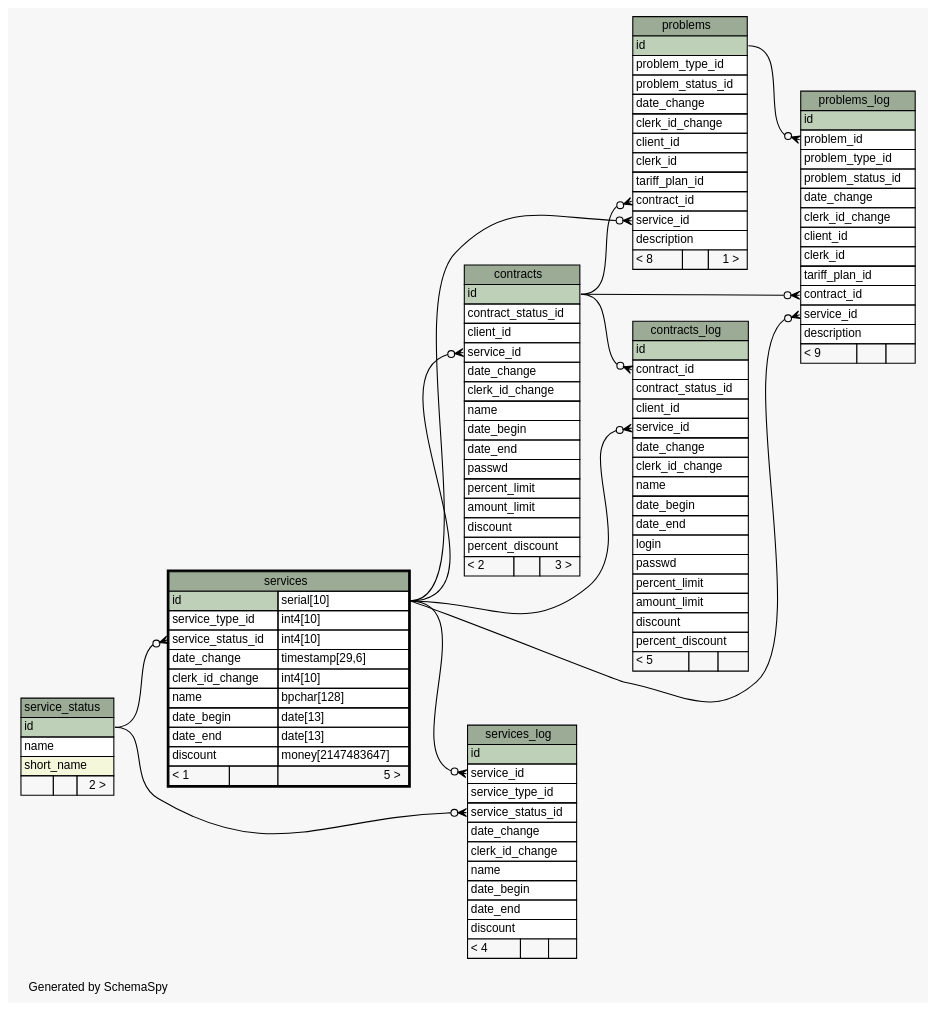
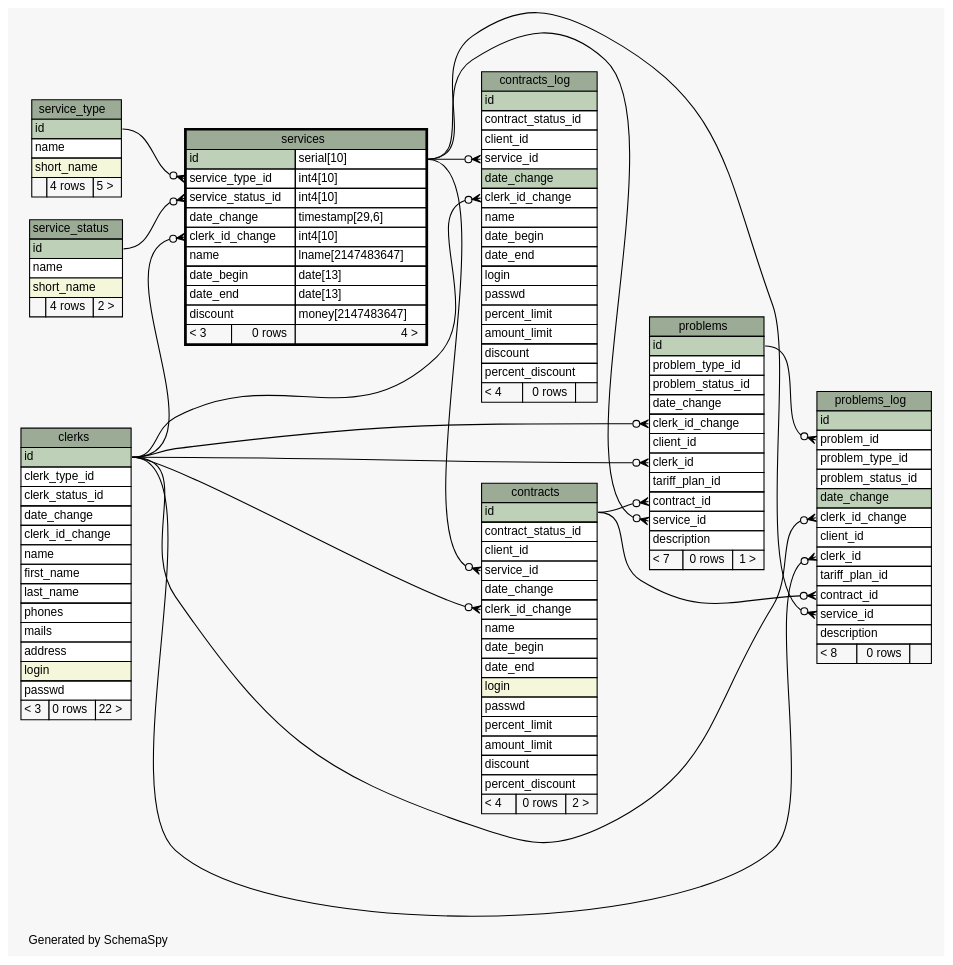
The diagram in db_schema/diagrams/services.1degree.dot (okharch/avox), drawn with Graphviz before and after one commit. The commit also changed 391 other files, not shown here.

```diff
--- a/db_schema/diagrams/services.1degree.dot
+++ b/db_schema/diagrams/services.1degree.dot
@@ -19,17 +19,44 @@
   edge [
     arrowsize="0.8"
   ];
+  "contracts":"clerk_id_change":w -> "clerks":"id":e [arrowhead=none dir=back arrowtail=crowodot];
   "contracts":"service_id":w -> "services":"id.type":e [arrowhead=none dir=back arrowtail=crowodot];
-  "contracts_log":"contract_id":w -> "contracts":"id":e [arrowhead=none dir=back arrowtail=crowodot];
+  "contracts_log":"clerk_id_change":w -> "clerks":"id":e [arrowhead=none dir=back arrowtail=crowodot];
   "contracts_log":"service_id":w -> "services":"id.type":e [arrowhead=none dir=back arrowtail=crowodot];
+  "problems":"clerk_id":w -> "clerks":"id":e [arrowhead=none dir=back arrowtail=crowodot];
+  "problems":"clerk_id_change":w -> "clerks":"id":e [arrowhead=none dir=back arrowtail=crowodot];
   "problems":"contract_id":w -> "contracts":"id":e [arrowhead=none dir=back arrowtail=crowodot];
   "problems":"service_id":w -> "services":"id.type":e [arrowhead=none dir=back arrowtail=crowodot];
+  "problems_log":"clerk_id":w -> "clerks":"id":e [arrowhead=none dir=back arrowtail=crowodot];
+  "problems_log":"clerk_id_change":w -> "clerks":"id":e [arrowhead=none dir=back arrowtail=crowodot];
   "problems_log":"contract_id":w -> "contracts":"id":e [arrowhead=none dir=back arrowtail=crowodot];
   "problems_log":"problem_id":w -> "problems":"id":e [arrowhead=none dir=back arrowtail=crowodot];
   "problems_log":"service_id":w -> "services":"id.type":e [arrowhead=none dir=back arrowtail=crowodot];
+  "services":"clerk_id_change":w -> "clerks":"id":e [arrowhead=none dir=back arrowtail=crowodot];
   "services":"service_status_id":w -> "service_status":"id":e [arrowhead=none dir=back arrowtail=crowodot];
-  "services_log":"service_id":w -> "services":"id.type":e [arrowhead=none dir=back arrowtail=crowodot];
-  "services_log":"service_status_id":w -> "service_status":"id":e [arrowhead=none dir=back arrowtail=crowodot];
+  "services":"service_type_id":w -> "service_type":"id":e [arrowhead=none dir=back arrowtail=crowodot];
+  "clerks" [
+    label=<
+    <TABLE BORDER="0" CELLBORDER="1" CELLSPACING="0" BGCOLOR="#ffffff">
+      <TR><TD COLSPAN="3" BGCOLOR="#9bab96" ALIGN="CENTER">clerks</TD></TR>
+      <TR><TD PORT="id" COLSPAN="3" BGCOLOR="#bed1b8" ALIGN="LEFT">id</TD></TR>
+      <TR><TD PORT="clerk_type_id" COLSPAN="3" ALIGN="LEFT">clerk_type_id</TD></TR>
+      <TR><TD PORT="clerk_status_id" COLSPAN="3" ALIGN="LEFT">clerk_status_id</TD></TR>
+      <TR><TD PORT="date_change" COLSPAN="3" ALIGN="LEFT">date_change</TD></TR>
+      <TR><TD PORT="clerk_id_change" COLSPAN="3" ALIGN="LEFT">clerk_id_change</TD></TR>
+      <TR><TD PORT="name" COLSPAN="3" ALIGN="LEFT">name</TD></TR>
+      <TR><TD PORT="first_name" COLSPAN="3" ALIGN="LEFT">first_name</TD></TR>
+      <TR><TD PORT="last_name" COLSPAN="3" ALIGN="LEFT">last_name</TD></TR>
+      <TR><TD PORT="phones" COLSPAN="3" ALIGN="LEFT">phones</TD></TR>
+      <TR><TD PORT="mails" COLSPAN="3" ALIGN="LEFT">mails</TD></TR>
+      <TR><TD PORT="address" COLSPAN="3" ALIGN="LEFT">address</TD></TR>
+      <TR><TD PORT="login" COLSPAN="3" BGCOLOR="#f4f7da" ALIGN="LEFT">login</TD></TR>
+      <TR><TD PORT="passwd" COLSPAN="3" ALIGN="LEFT">passwd</TD></TR>
+      <TR><TD ALIGN="LEFT" BGCOLOR="#f7f7f7">&lt; 3</TD><TD ALIGN="RIGHT" BGCOLOR="#f7f7f7">0 rows</TD><TD ALIGN="RIGHT" BGCOLOR="#f7f7f7">22 &gt;</TD></TR>
+    </TABLE>>
+    URL="clerks.html"
+    tooltip="clerks"
+  ];
   "contracts" [
     label=<
     <TABLE BORDER="0" CELLBORDER="1" CELLSPACING="0" BGCOLOR="#ffffff">
@@ -43,12 +70,13 @@
       <TR><TD PORT="name" COLSPAN="3" ALIGN="LEFT">name</TD></TR>
       <TR><TD PORT="date_begin" COLSPAN="3" ALIGN="LEFT">date_begin</TD></TR>
       <TR><TD PORT="date_end" COLSPAN="3" ALIGN="LEFT">date_end</TD></TR>
+      <TR><TD PORT="login" COLSPAN="3" BGCOLOR="#f4f7da" ALIGN="LEFT">login</TD></TR>
       <TR><TD PORT="passwd" COLSPAN="3" ALIGN="LEFT">passwd</TD></TR>
       <TR><TD PORT="percent_limit" COLSPAN="3" ALIGN="LEFT">percent_limit</TD></TR>
       <TR><TD PORT="amount_limit" COLSPAN="3" ALIGN="LEFT">amount_limit</TD></TR>
       <TR><TD PORT="discount" COLSPAN="3" ALIGN="LEFT">discount</TD></TR>
       <TR><TD PORT="percent_discount" COLSPAN="3" ALIGN="LEFT">percent_discount</TD></TR>
-      <TR><TD ALIGN="LEFT" BGCOLOR="#f7f7f7">&lt; 2</TD><TD ALIGN="RIGHT" BGCOLOR="#f7f7f7">  </TD><TD ALIGN="RIGHT" BGCOLOR="#f7f7f7">3 &gt;</TD></TR>
+      <TR><TD ALIGN="LEFT" BGCOLOR="#f7f7f7">&lt; 4</TD><TD ALIGN="RIGHT" BGCOLOR="#f7f7f7">0 rows</TD><TD ALIGN="RIGHT" BGCOLOR="#f7f7f7">2 &gt;</TD></TR>
     </TABLE>>
     URL="contracts.html"
     tooltip="contracts"
@@ -58,11 +86,10 @@
     <TABLE BORDER="0" CELLBORDER="1" CELLSPACING="0" BGCOLOR="#ffffff">
       <TR><TD COLSPAN="3" BGCOLOR="#9bab96" ALIGN="CENTER">contracts_log</TD></TR>
       <TR><TD PORT="id" COLSPAN="3" BGCOLOR="#bed1b8" ALIGN="LEFT">id</TD></TR>
-      <TR><TD PORT="contract_id" COLSPAN="3" ALIGN="LEFT">contract_id</TD></TR>
       <TR><TD PORT="contract_status_id" COLSPAN="3" ALIGN="LEFT">contract_status_id</TD></TR>
       <TR><TD PORT="client_id" COLSPAN="3" ALIGN="LEFT">client_id</TD></TR>
       <TR><TD PORT="service_id" COLSPAN="3" ALIGN="LEFT">service_id</TD></TR>
-      <TR><TD PORT="date_change" COLSPAN="3" ALIGN="LEFT">date_change</TD></TR>
+      <TR><TD PORT="date_change" COLSPAN="3" BGCOLOR="#bed1b8" ALIGN="LEFT">date_change</TD></TR>
       <TR><TD PORT="clerk_id_change" COLSPAN="3" ALIGN="LEFT">clerk_id_change</TD></TR>
       <TR><TD PORT="name" COLSPAN="3" ALIGN="LEFT">name</TD></TR>
       <TR><TD PORT="date_begin" COLSPAN="3" ALIGN="LEFT">date_begin</TD></TR>
@@ -73,7 +100,7 @@
       <TR><TD PORT="amount_limit" COLSPAN="3" ALIGN="LEFT">amount_limit</TD></TR>
       <TR><TD PORT="discount" COLSPAN="3" ALIGN="LEFT">discount</TD></TR>
       <TR><TD PORT="percent_discount" COLSPAN="3" ALIGN="LEFT">percent_discount</TD></TR>
-      <TR><TD ALIGN="LEFT" BGCOLOR="#f7f7f7">&lt; 5</TD><TD ALIGN="RIGHT" BGCOLOR="#f7f7f7">  </TD><TD ALIGN="RIGHT" BGCOLOR="#f7f7f7">  </TD></TR>
+      <TR><TD ALIGN="LEFT" BGCOLOR="#f7f7f7">&lt; 4</TD><TD ALIGN="RIGHT" BGCOLOR="#f7f7f7">0 rows</TD><TD ALIGN="RIGHT" BGCOLOR="#f7f7f7">  </TD></TR>
     </TABLE>>
     URL="contracts_log.html"
     tooltip="contracts_log"
@@ -93,7 +120,7 @@
       <TR><TD PORT="contract_id" COLSPAN="3" ALIGN="LEFT">contract_id</TD></TR>
       <TR><TD PORT="service_id" COLSPAN="3" ALIGN="LEFT">service_id</TD></TR>
       <TR><TD PORT="description" COLSPAN="3" ALIGN="LEFT">description</TD></TR>
-      <TR><TD ALIGN="LEFT" BGCOLOR="#f7f7f7">&lt; 8</TD><TD ALIGN="RIGHT" BGCOLOR="#f7f7f7">  </TD><TD ALIGN="RIGHT" BGCOLOR="#f7f7f7">1 &gt;</TD></TR>
+      <TR><TD ALIGN="LEFT" BGCOLOR="#f7f7f7">&lt; 7</TD><TD ALIGN="RIGHT" BGCOLOR="#f7f7f7">0 rows</TD><TD ALIGN="RIGHT" BGCOLOR="#f7f7f7">1 &gt;</TD></TR>
     </TABLE>>
     URL="problems.html"
     tooltip="problems"
@@ -106,7 +133,7 @@
       <TR><TD PORT="problem_id" COLSPAN="3" ALIGN="LEFT">problem_id</TD></TR>
       <TR><TD PORT="problem_type_id" COLSPAN="3" ALIGN="LEFT">problem_type_id</TD></TR>
       <TR><TD PORT="problem_status_id" COLSPAN="3" ALIGN="LEFT">problem_status_id</TD></TR>
-      <TR><TD PORT="date_change" COLSPAN="3" ALIGN="LEFT">date_change</TD></TR>
+      <TR><TD PORT="date_change" COLSPAN="3" BGCOLOR="#bed1b8" ALIGN="LEFT">date_change</TD></TR>
       <TR><TD PORT="clerk_id_change" COLSPAN="3" ALIGN="LEFT">clerk_id_change</TD></TR>
       <TR><TD PORT="client_id" COLSPAN="3" ALIGN="LEFT">client_id</TD></TR>
       <TR><TD PORT="clerk_id" COLSPAN="3" ALIGN="LEFT">clerk_id</TD></TR>
@@ -114,7 +141,7 @@
       <TR><TD PORT="contract_id" COLSPAN="3" ALIGN="LEFT">contract_id</TD></TR>
       <TR><TD PORT="service_id" COLSPAN="3" ALIGN="LEFT">service_id</TD></TR>
       <TR><TD PORT="description" COLSPAN="3" ALIGN="LEFT">description</TD></TR>
-      <TR><TD ALIGN="LEFT" BGCOLOR="#f7f7f7">&lt; 9</TD><TD ALIGN="RIGHT" BGCOLOR="#f7f7f7">  </TD><TD ALIGN="RIGHT" BGCOLOR="#f7f7f7">  </TD></TR>
+      <TR><TD ALIGN="LEFT" BGCOLOR="#f7f7f7">&lt; 8</TD><TD ALIGN="RIGHT" BGCOLOR="#f7f7f7">0 rows</TD><TD ALIGN="RIGHT" BGCOLOR="#f7f7f7">  </TD></TR>
     </TABLE>>
     URL="problems_log.html"
     tooltip="problems_log"
@@ -126,10 +153,22 @@
       <TR><TD PORT="id" COLSPAN="3" BGCOLOR="#bed1b8" ALIGN="LEFT">id</TD></TR>
       <TR><TD PORT="name" COLSPAN="3" ALIGN="LEFT">name</TD></TR>
       <TR><TD PORT="short_name" COLSPAN="3" BGCOLOR="#f4f7da" ALIGN="LEFT">short_name</TD></TR>
-      <TR><TD ALIGN="LEFT" BGCOLOR="#f7f7f7">  </TD><TD ALIGN="RIGHT" BGCOLOR="#f7f7f7">  </TD><TD ALIGN="RIGHT" BGCOLOR="#f7f7f7">2 &gt;</TD></TR>
+      <TR><TD ALIGN="LEFT" BGCOLOR="#f7f7f7">  </TD><TD ALIGN="RIGHT" BGCOLOR="#f7f7f7">4 rows</TD><TD ALIGN="RIGHT" BGCOLOR="#f7f7f7">2 &gt;</TD></TR>
     </TABLE>>
     URL="service_status.html"
     tooltip="service_status"
+  ];
+  "service_type" [
+    label=<
+    <TABLE BORDER="0" CELLBORDER="1" CELLSPACING="0" BGCOLOR="#ffffff">
+      <TR><TD COLSPAN="3" BGCOLOR="#9bab96" ALIGN="CENTER">service_type</TD></TR>
+      <TR><TD PORT="id" COLSPAN="3" BGCOLOR="#bed1b8" ALIGN="LEFT">id</TD></TR>
+      <TR><TD PORT="name" COLSPAN="3" ALIGN="LEFT">name</TD></TR>
+      <TR><TD PORT="short_name" COLSPAN="3" BGCOLOR="#f4f7da" ALIGN="LEFT">short_name</TD></TR>
+      <TR><TD ALIGN="LEFT" BGCOLOR="#f7f7f7">  </TD><TD ALIGN="RIGHT" BGCOLOR="#f7f7f7">4 rows</TD><TD ALIGN="RIGHT" BGCOLOR="#f7f7f7">5 &gt;</TD></TR>
+    </TABLE>>
+    URL="service_type.html"
+    tooltip="service_type"
   ];
   "services" [
     label=<
@@ -140,32 +179,13 @@
       <TR><TD PORT="service_status_id" COLSPAN="2" ALIGN="LEFT">service_status_id</TD><TD PORT="service_status_id.type" ALIGN="LEFT">int4[10]</TD></TR>
       <TR><TD PORT="date_change" COLSPAN="2" ALIGN="LEFT">date_change</TD><TD PORT="date_change.type" ALIGN="LEFT">timestamp[29,6]</TD></TR>
       <TR><TD PORT="clerk_id_change" COLSPAN="2" ALIGN="LEFT">clerk_id_change</TD><TD PORT="clerk_id_change.type" ALIGN="LEFT">int4[10]</TD></TR>
-      <TR><TD PORT="name" COLSPAN="2" ALIGN="LEFT">name</TD><TD PORT="name.type" ALIGN="LEFT">bpchar[128]</TD></TR>
+      <TR><TD PORT="name" COLSPAN="2" ALIGN="LEFT">name</TD><TD PORT="name.type" ALIGN="LEFT">lname[2147483647]</TD></TR>
       <TR><TD PORT="date_begin" COLSPAN="2" ALIGN="LEFT">date_begin</TD><TD PORT="date_begin.type" ALIGN="LEFT">date[13]</TD></TR>
       <TR><TD PORT="date_end" COLSPAN="2" ALIGN="LEFT">date_end</TD><TD PORT="date_end.type" ALIGN="LEFT">date[13]</TD></TR>
       <TR><TD PORT="discount" COLSPAN="2" ALIGN="LEFT">discount</TD><TD PORT="discount.type" ALIGN="LEFT">money[2147483647]</TD></TR>
-      <TR><TD ALIGN="LEFT" BGCOLOR="#f7f7f7">&lt; 1</TD><TD ALIGN="RIGHT" BGCOLOR="#f7f7f7">  </TD><TD ALIGN="RIGHT" BGCOLOR="#f7f7f7">5 &gt;</TD></TR>
+      <TR><TD ALIGN="LEFT" BGCOLOR="#f7f7f7">&lt; 3</TD><TD ALIGN="RIGHT" BGCOLOR="#f7f7f7">0 rows</TD><TD ALIGN="RIGHT" BGCOLOR="#f7f7f7">4 &gt;</TD></TR>
     </TABLE>>
     URL="services.html"
     tooltip="services"
   ];
-  "services_log" [
-    label=<
-    <TABLE BORDER="0" CELLBORDER="1" CELLSPACING="0" BGCOLOR="#ffffff">
-      <TR><TD COLSPAN="3" BGCOLOR="#9bab96" ALIGN="CENTER">services_log</TD></TR>
-      <TR><TD PORT="id" COLSPAN="3" BGCOLOR="#bed1b8" ALIGN="LEFT">id</TD></TR>
-      <TR><TD PORT="service_id" COLSPAN="3" ALIGN="LEFT">service_id</TD></TR>
-      <TR><TD PORT="service_type_id" COLSPAN="3" ALIGN="LEFT">service_type_id</TD></TR>
-      <TR><TD PORT="service_status_id" COLSPAN="3" ALIGN="LEFT">service_status_id</TD></TR>
-      <TR><TD PORT="date_change" COLSPAN="3" ALIGN="LEFT">date_change</TD></TR>
-      <TR><TD PORT="clerk_id_change" COLSPAN="3" ALIGN="LEFT">clerk_id_change</TD></TR>
-      <TR><TD PORT="name" COLSPAN="3" ALIGN="LEFT">name</TD></TR>
-      <TR><TD PORT="date_begin" COLSPAN="3" ALIGN="LEFT">date_begin</TD></TR>
-      <TR><TD PORT="date_end" COLSPAN="3" ALIGN="LEFT">date_end</TD></TR>
-      <TR><TD PORT="discount" COLSPAN="3" ALIGN="LEFT">discount</TD></TR>
-      <TR><TD ALIGN="LEFT" BGCOLOR="#f7f7f7">&lt; 4</TD><TD ALIGN="RIGHT" BGCOLOR="#f7f7f7">  </TD><TD ALIGN="RIGHT" BGCOLOR="#f7f7f7">  </TD></TR>
-    </TABLE>>
-    URL="services_log.html"
-    tooltip="services_log"
-  ];
 }
```
